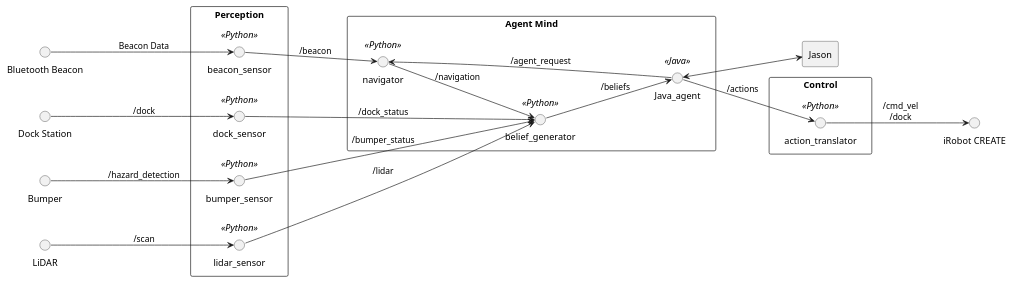
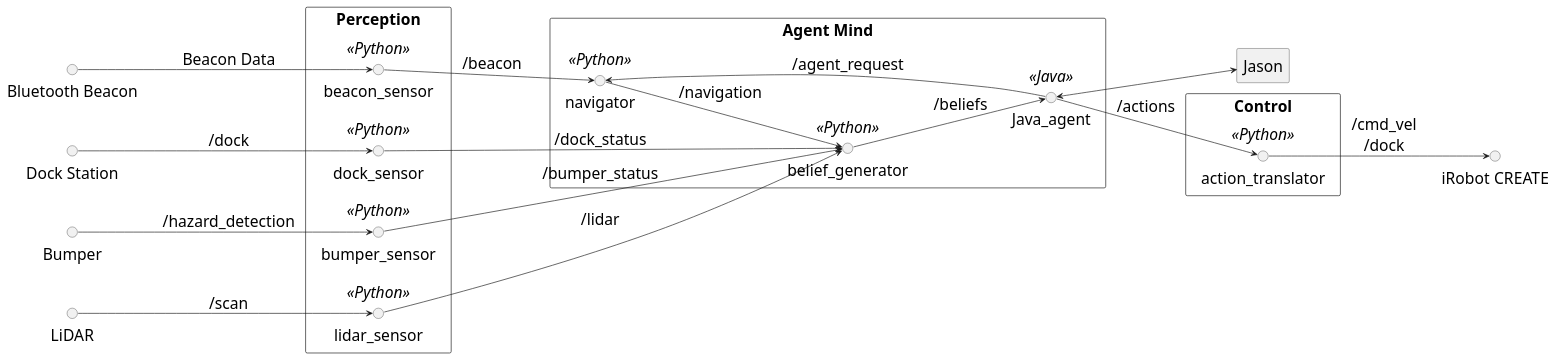
One commit to NMAI-lab/hermes changed the diagram in miscellaneous/documents/diagrams/src/agent_ros_architecture.plantuml. Above: the diagram before and after it, drawn with PlantUML. The commit also changed 2 other files, not shown here.

Commit message:
Updated the diagrams and log parsing.

```diff
--- a/miscellaneous/documents/diagrams/src/agent_ros_architecture.plantuml
+++ b/miscellaneous/documents/diagrams/src/agent_ros_architecture.plantuml
@@ -1,56 +1,57 @@
 @startuml
 ' --- Arrange horizontally ---
 left to right direction
 
+skinparam defaultFontSize 24
 skinparam packageStyle rect
 skinparam shadowing false
 skinparam backgroundColor white
 
 circle "LiDAR" as lidar
 circle "Bluetooth Beacon" as beacon
 circle "Dock Station" as dock_station
 circle "Bumper" as bumper
 
 ' --- Perception Layer ---
 package "Perception" {
     circle "lidar_sensor" <<Python>> as lidar_sensor
     circle "beacon_sensor" <<Python>> as beacon_sensor
     circle "dock_sensor" <<Python>> as dock_sensor
     circle "bumper_sensor" <<Python>> as bumper_sensor
 }
 
 ' --- Mind Layer ---
 package "Agent Mind" {
     circle "navigator" <<Python>> as navigator
     circle "belief_generator" <<Python>> as belief_generator
     circle "Java_agent" <<Java>> as Java_agent
 }
 
 ' --- Control Layer ---
 package "Control" {
     circle "action_translator" <<Python>> as action_translator
 }
 
 rectangle "Jason" as jason
 circle "iRobot CREATE" as robot
 
 ' --- Connections ---
 lidar --> lidar_sensor : /scan
 beacon --> beacon_sensor : Beacon Data
 dock_station --> dock_sensor: /dock
 bumper --> bumper_sensor : /hazard_detection
 
 lidar_sensor --> belief_generator: /lidar
 beacon_sensor --> navigator: /beacon
 navigator --> belief_generator: /navigation
 dock_sensor --> belief_generator: /dock_status
 bumper_sensor --> belief_generator: /bumper_status
 
 Java_agent <--> jason
 Java_agent --> navigator: /agent_request
 belief_generator --> Java_agent: /beliefs
 Java_agent --> action_translator: /actions
 
 action_translator --> robot : /cmd_vel\n/dock
 
 @enduml
```
